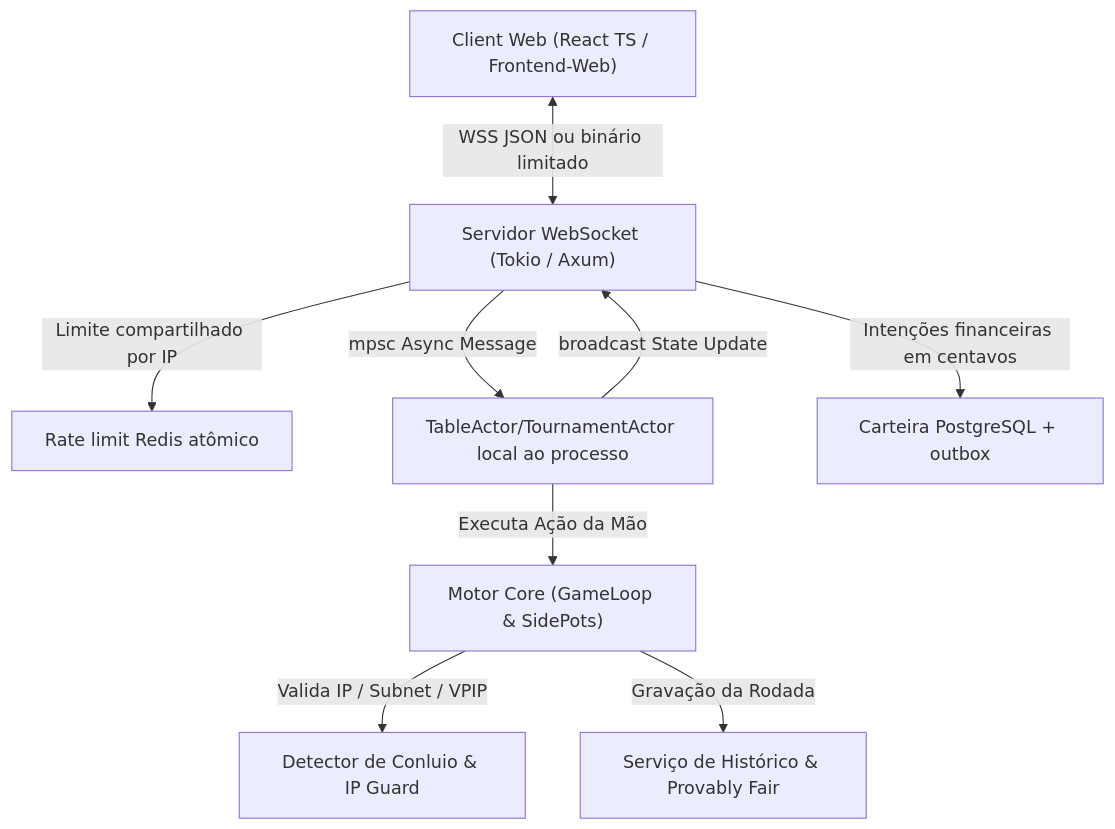
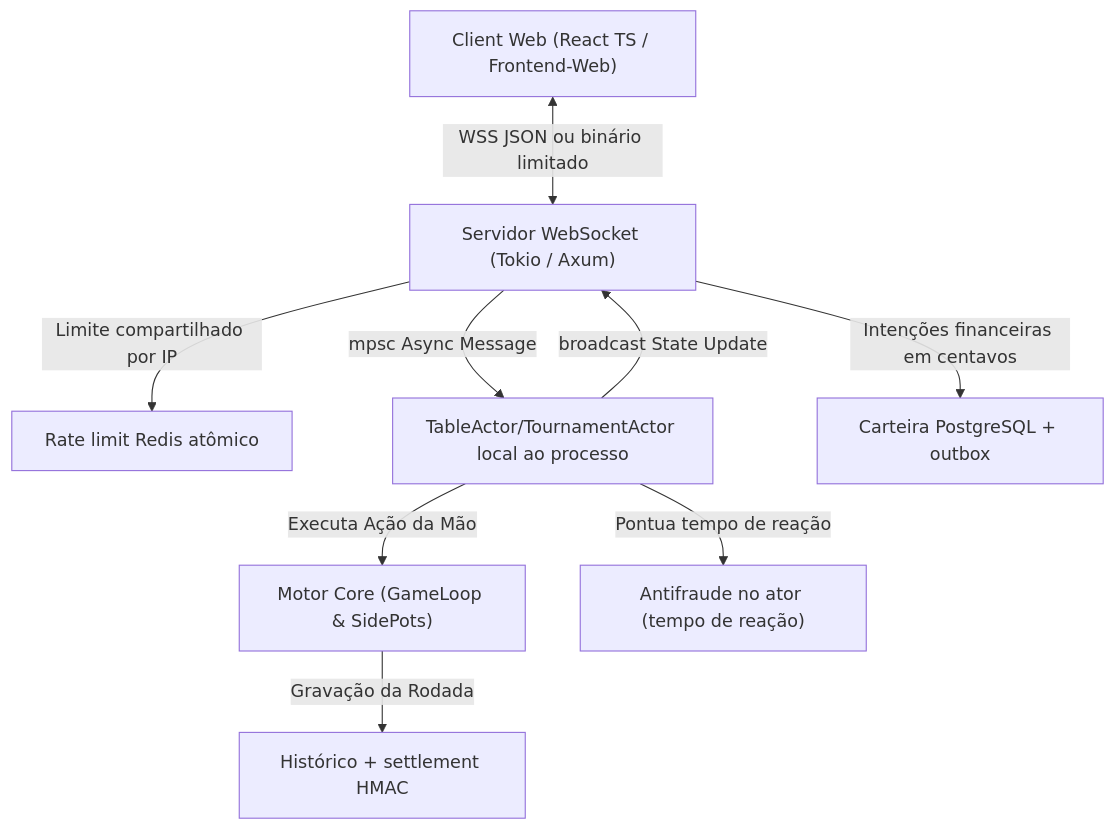
One commit to leofran2204/poker-platform changed the diagram in Documentacao/ARQUITETURA_E_APIS.md. Above: the diagram before and after it, drawn with Mermaid. The commit also changed other lines of this file and 236 other files, not shown here.

````diff
--- a/Documentacao/ARQUITETURA_E_APIS.md
+++ b/Documentacao/ARQUITETURA_E_APIS.md
@@ -53,20 +53,20 @@
 ```mermaid
 graph TD
     Client["Client Web (React TS / Frontend-Web)"]
     WS["Servidor WebSocket (Tokio / Axum)"]
     Limiter["Rate limit Redis atômico"]
     Actor["TableActor/TournamentActor local ao processo"]
     Engine["Motor Core (GameLoop & SidePots)"]
     Ledger["Carteira PostgreSQL + outbox"]
-    Antifraud["Detector de Conluio & IP Guard"]
-    History["Serviço de Histórico & Provably Fair"]
+    Antifraud["Antifraude no ator (tempo de reação)"]
+    History["Histórico + settlement HMAC"]
 
     Client <-->|WSS JSON ou binário limitado| WS
     WS -->|Limite compartilhado por IP| Limiter
     WS -->|mpsc Async Message| Actor
     Actor -->|Executa Ação da Mão| Engine
-    Engine -->|Valida IP / Subnet / VPIP| Antifraud
+    Actor -->|Pontua tempo de reação| Antifraud
     WS -->|Intenções financeiras em centavos| Ledger
     Engine -->|Gravação da Rodada| History
     Actor -->|broadcast State Update| WS
 ```
````
